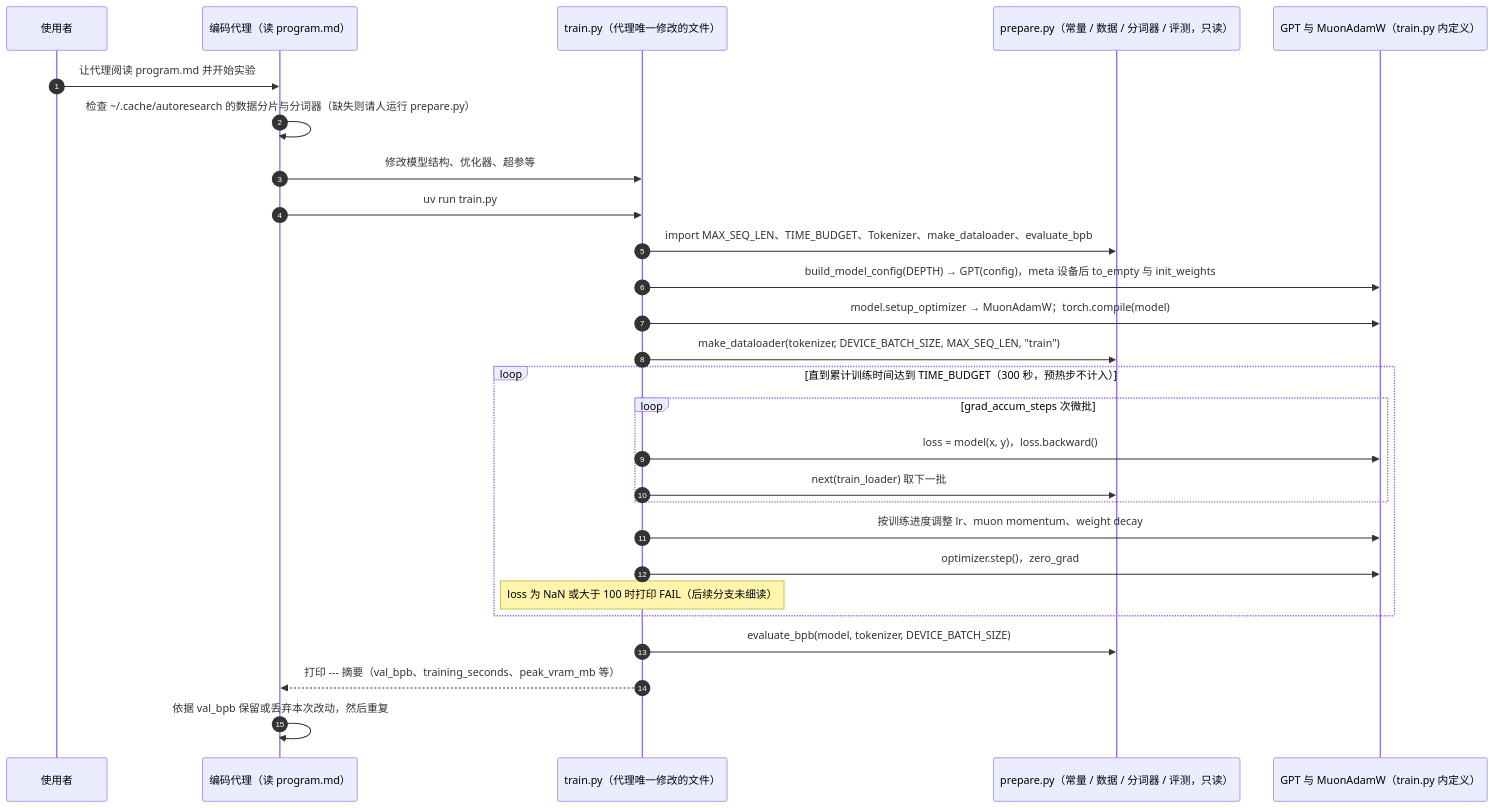
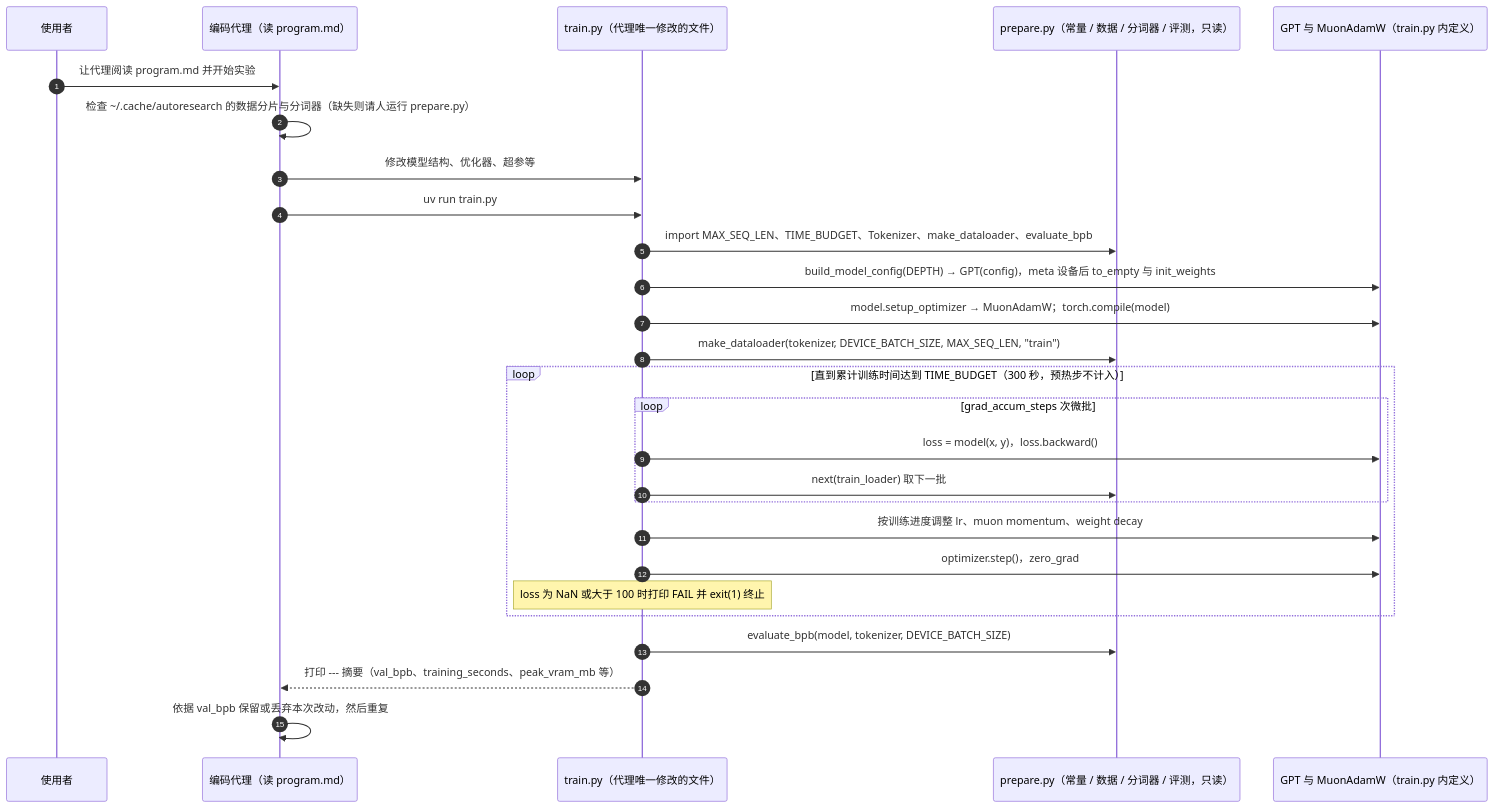
Before and after one commit to ImChong/Robotics_Notebooks: the second of 2 diagrams in wiki/entities/andrej-karpathy.md, drawn with Mermaid. The commit also changed other lines of this file and 192 other files, not shown here.

Commit message:
[2026-11-14] ingest | roadmap/depth-vla.md — 补齐 VLA 纵深路线全部节点原文证据与满分健康度

````diff
--- a/wiki/entities/andrej-karpathy.md
+++ b/wiki/entities/andrej-karpathy.md
@@ -104,29 +110,29 @@
 ```mermaid
 sequenceDiagram
   autonumber
   participant U as 使用者
   participant G as 编码代理（读 program.md）
   participant T as train.py（代理唯一修改的文件）
   participant P as prepare.py（常量 / 数据 / 分词器 / 评测，只读）
   participant O as GPT 与 MuonAdamW（train.py 内定义）
   U->>G: 让代理阅读 program.md 并开始实验
   G->>G: 检查 ~/.cache/autoresearch 的数据分片与分词器（缺失则请人运行 prepare.py）
   G->>T: 修改模型结构、优化器、超参等
   G->>T: uv run train.py
   T->>P: import MAX_SEQ_LEN、TIME_BUDGET、Tokenizer、make_dataloader、evaluate_bpb
   T->>O: build_model_config(DEPTH) → GPT(config)，meta 设备后 to_empty 与 init_weights
   T->>O: model.setup_optimizer → MuonAdamW；torch.compile(model)
   T->>P: make_dataloader(tokenizer, DEVICE_BATCH_SIZE, MAX_SEQ_LEN, "train")
   loop 直到累计训练时间达到 TIME_BUDGET（300 秒，预热步不计入）
     loop grad_accum_steps 次微批
       T->>O: loss = model(x, y)，loss.backward()
       T->>P: next(train_loader) 取下一批
     end
     T->>O: 按训练进度调整 lr、muon momentum、weight decay
     T->>O: optimizer.step()，zero_grad
-    Note over T: loss 为 NaN 或大于 100 时打印 FAIL（后续分支未细读）
+    Note over T: loss 为 NaN 或大于 100 时打印 FAIL 并 exit(1) 终止
   end
   T->>P: evaluate_bpb(model, tokenizer, DEVICE_BATCH_SIZE)
   T-->>G: 打印 --- 摘要（val_bpb、training_seconds、peak_vram_mb 等）
   G->>G: 依据 val_bpb 保留或丢弃本次改动，然后重复
 ```
````
